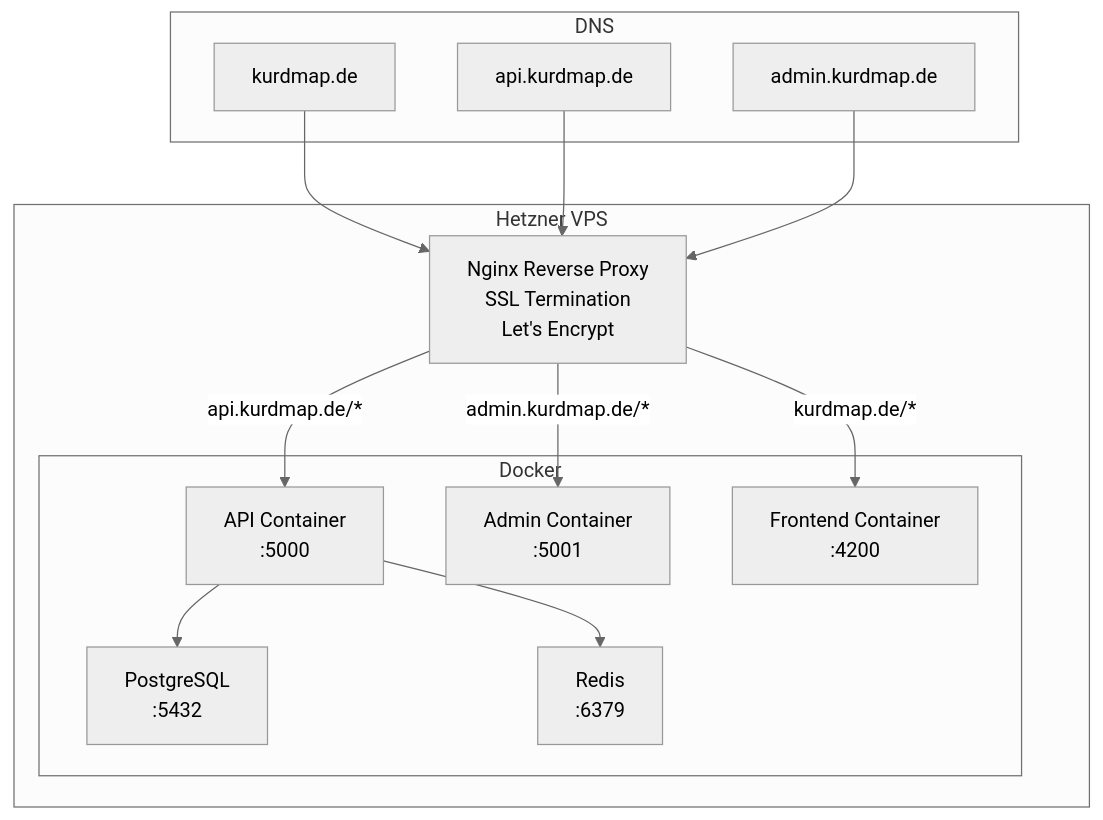
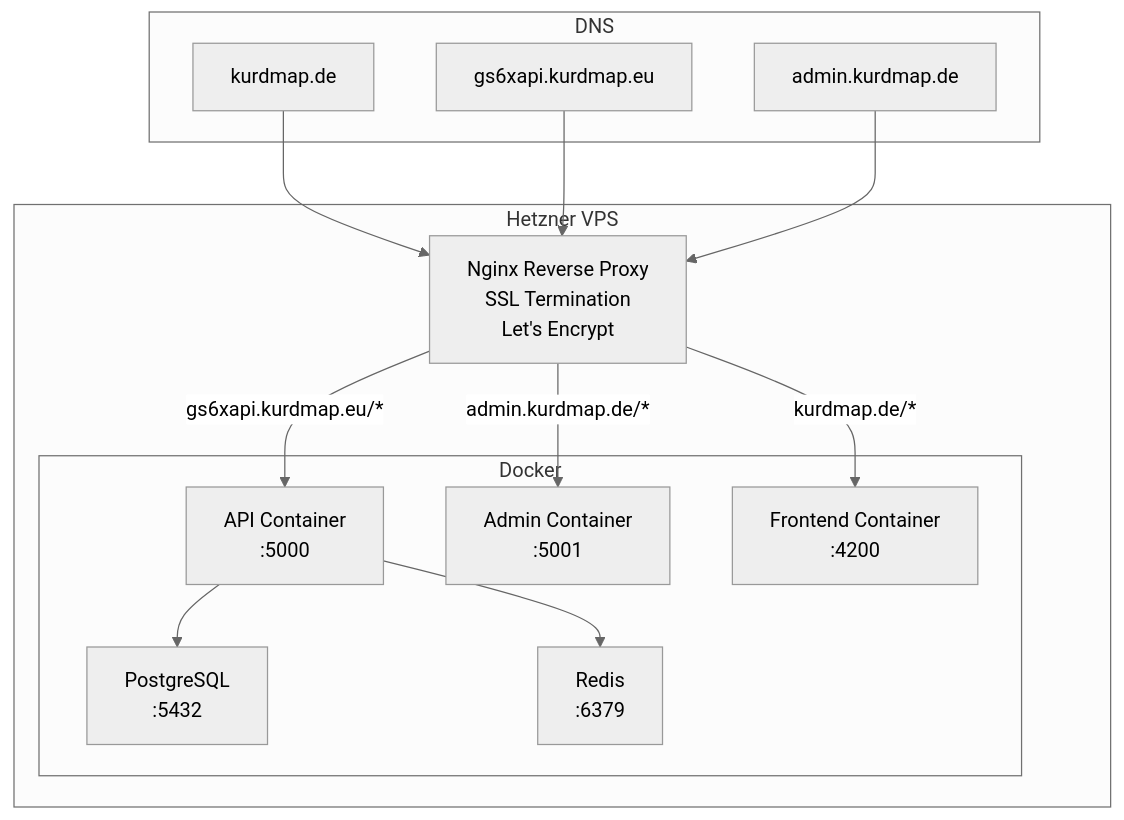
One commit to Jirlee/kurdmap-web-alle changed the fourth of 5 diagrams in Docs/Plan/06-devops-cicd.md. Above: the diagram before and after it, drawn with Mermaid (neutral theme). The commit also changed other lines of this file and 27 other files, not shown here.

````diff
--- a/Docs/Plan/06-devops-cicd.md
+++ b/Docs/Plan/06-devops-cicd.md
@@ -410,28 +410,28 @@
 ```mermaid
 graph TB
     subgraph "DNS"
         DNS_MAIN[kurdmap.de]
-        DNS_API[api.kurdmap.de]
+        DNS_API[gs6xapi.kurdmap.eu]
         DNS_ADMIN[admin.kurdmap.de]
     end
 
     subgraph "Hetzner VPS"
         NGX[Nginx Reverse Proxy<br/>SSL Termination<br/>Let's Encrypt]
         subgraph "Docker"
             API[API Container<br/>:5000]
             ADMIN[Admin Container<br/>:5001]
             FE[Frontend Container<br/>:4200]
             PG[PostgreSQL<br/>:5432]
             REDIS[Redis<br/>:6379]
         end
     end
 
     DNS_MAIN --> NGX
     DNS_API --> NGX
     DNS_ADMIN --> NGX
     NGX -->|kurdmap.de/*| FE
-    NGX -->|api.kurdmap.de/*| API
+    NGX -->|gs6xapi.kurdmap.eu/*| API
     NGX -->|admin.kurdmap.de/*| ADMIN
     API --> PG
     API --> REDIS
 ```
````
